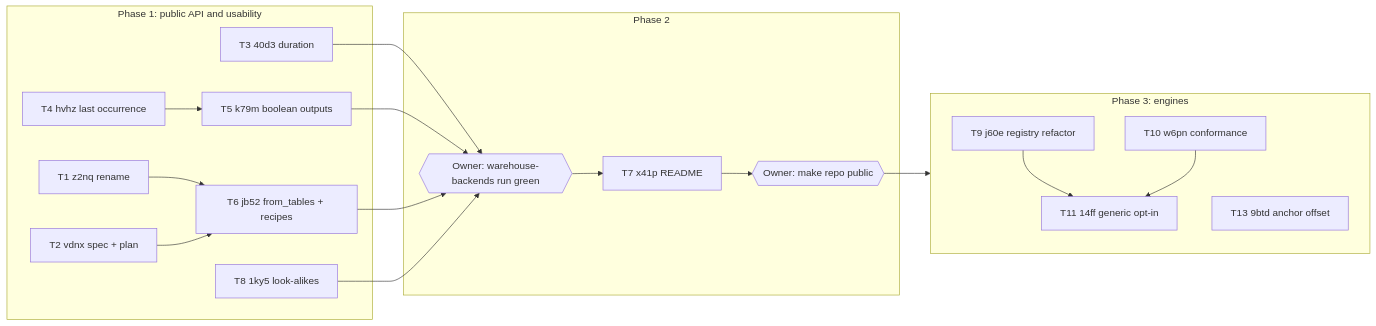
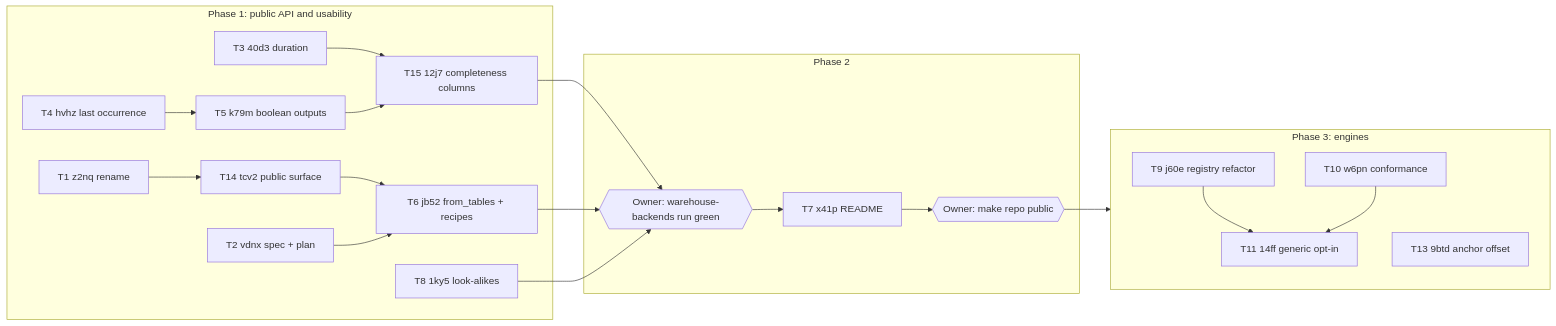
The diagram in docs/superpowers/plans/2026-10-26-public-readiness.md (kylejcaron/terrine), drawn with Mermaid before and after one commit. The commit also changed other lines of this file, not shown here.

Commit message:
docs: add public-surface and completeness-column work to the public readiness plan

````diff
--- a/docs/superpowers/plans/2026-10-26-public-readiness.md
+++ b/docs/superpowers/plans/2026-10-26-public-readiness.md
@@ -55,23 +55,22 @@
 ```mermaid
 flowchart LR
   subgraph P1[Phase 1: public API and usability]
-    T1[T1 z2nq rename] --> T6[T6 jb52 from_tables + recipes]
+    T1[T1 z2nq rename] --> T14[T14 tcv2 public surface] --> T6[T6 jb52 from_tables + recipes]
     T2[T2 vdnx spec + plan] --> T6
-    T3[T3 40d3 duration]
-    T4[T4 hvhz last occurrence] --> T5[T5 k79m boolean outputs]
+    T3[T3 40d3 duration] --> T15[T15 12j7 completeness columns]
+    T4[T4 hvhz last occurrence] --> T5[T5 k79m boolean outputs] --> T15
     T8[T8 1ky5 look-alikes]
   end
   subgraph P2[Phase 2]
     WB{{Owner: warehouse-backends run green}} --> T7[T7 x41p README] --> PUB{{Owner: make repo public}}
   end
   subgraph P3[Phase 3: engines]
     T9[T9 j60e registry refactor] --> T11[T11 14ff generic opt-in]
     T10[T10 w6pn conformance] --> T11
     T13[T13 9btd anchor offset]
   end
-  T3 --> WB
-  T5 --> WB
+  T15 --> WB
   T6 --> WB
   T8 --> WB
   PUB --> P3
 ```
````
